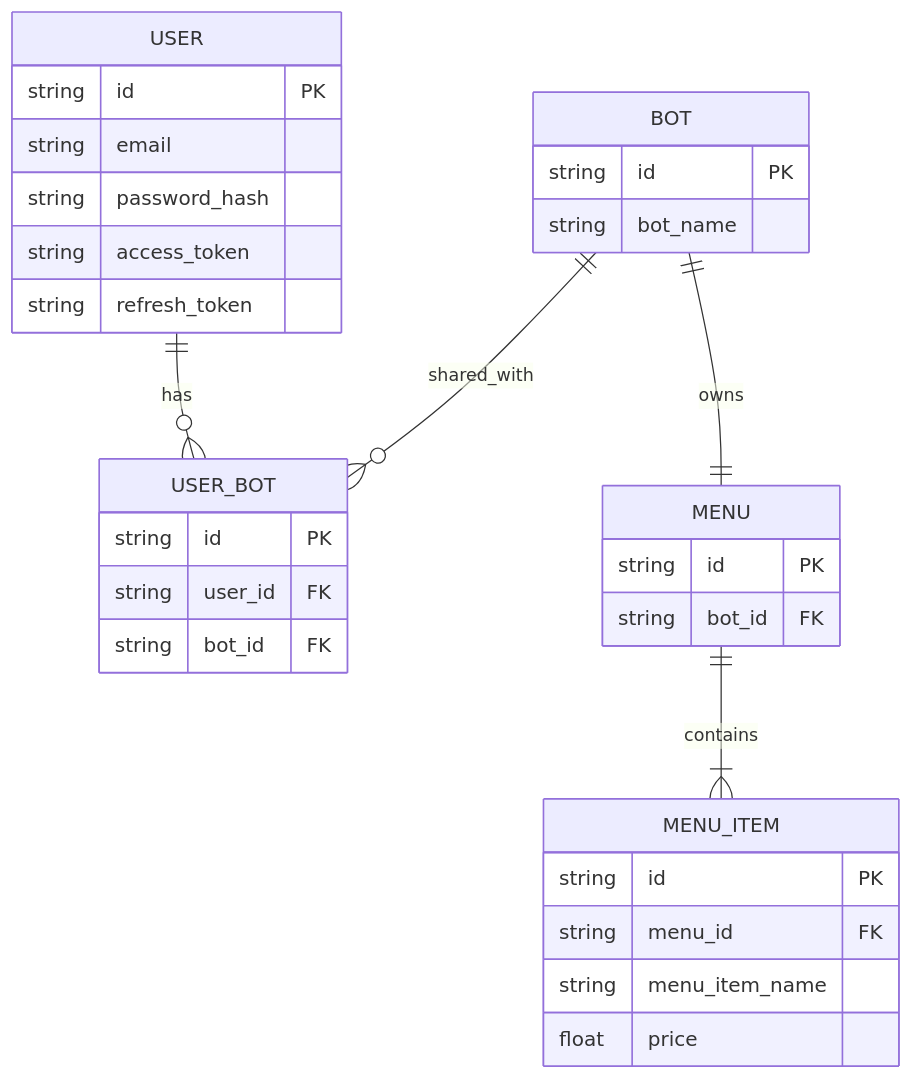
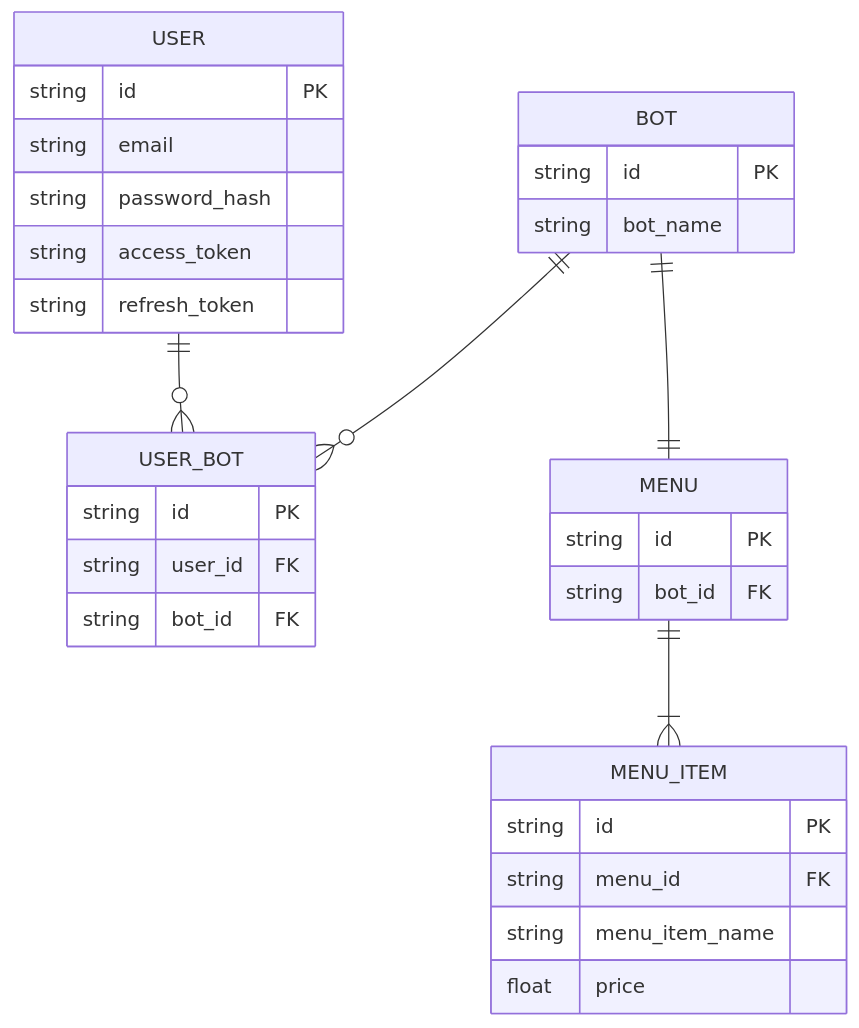
Before and after one commit to RockkLee/order-bot: the diagram in doc/order-bot-mgmt-svc-erd.md, drawn with Mermaid. The commit also changed 8 other files, not shown here.

````diff
--- a/doc/order-bot-mgmt-svc-erd.md
+++ b/doc/order-bot-mgmt-svc-erd.md
@@ -2,42 +2,42 @@
 ```mermaid
 erDiagram
   %% =========================
   %% order-bot-mgmt-svc
   %% =========================
   USER {
     string id PK
     string email
     string password_hash
     string access_token
     string refresh_token
   }
 
   USER_BOT {
     string id PK
     string user_id FK
     string bot_id FK
   }
 
   BOT {
     string id PK
     string bot_name
   }
 
   MENU {
     string id PK
     string bot_id FK
   }
 
   MENU_ITEM {
     string id PK
     string menu_id FK
     string menu_item_name
     float  price
   }
 
-  USER ||--o{ USER_BOT : has
-  BOT  ||--o{ USER_BOT : shared_with
-  BOT  ||--|| MENU : owns
-  MENU ||--|{ MENU_ITEM : contains
+  USER ||--o{ USER_BOT : ""
+  BOT  ||--o{ USER_BOT : ""
+  BOT  ||--|| MENU : ""
+  MENU ||--|{ MENU_ITEM : ""
 
 ```
````
